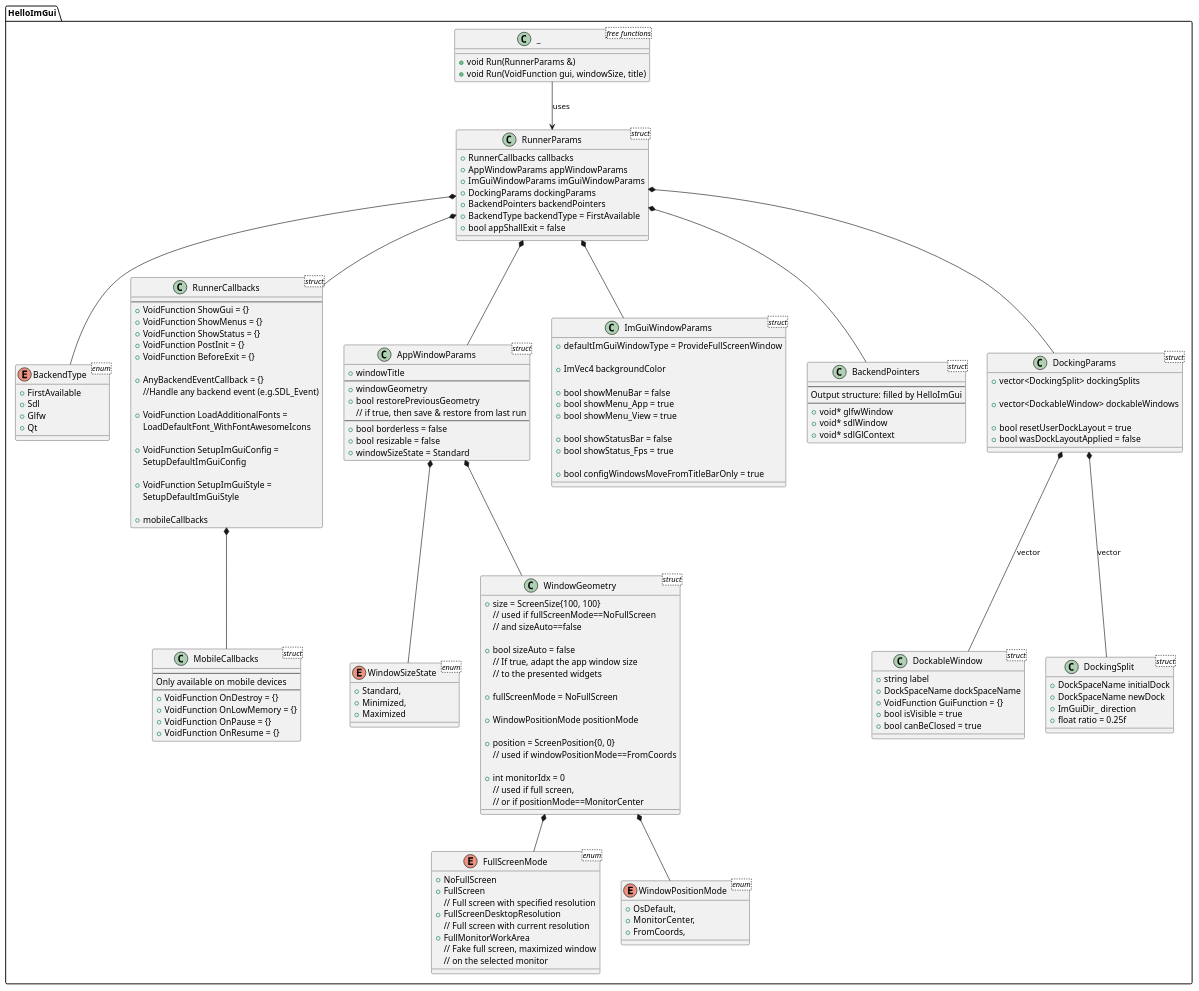
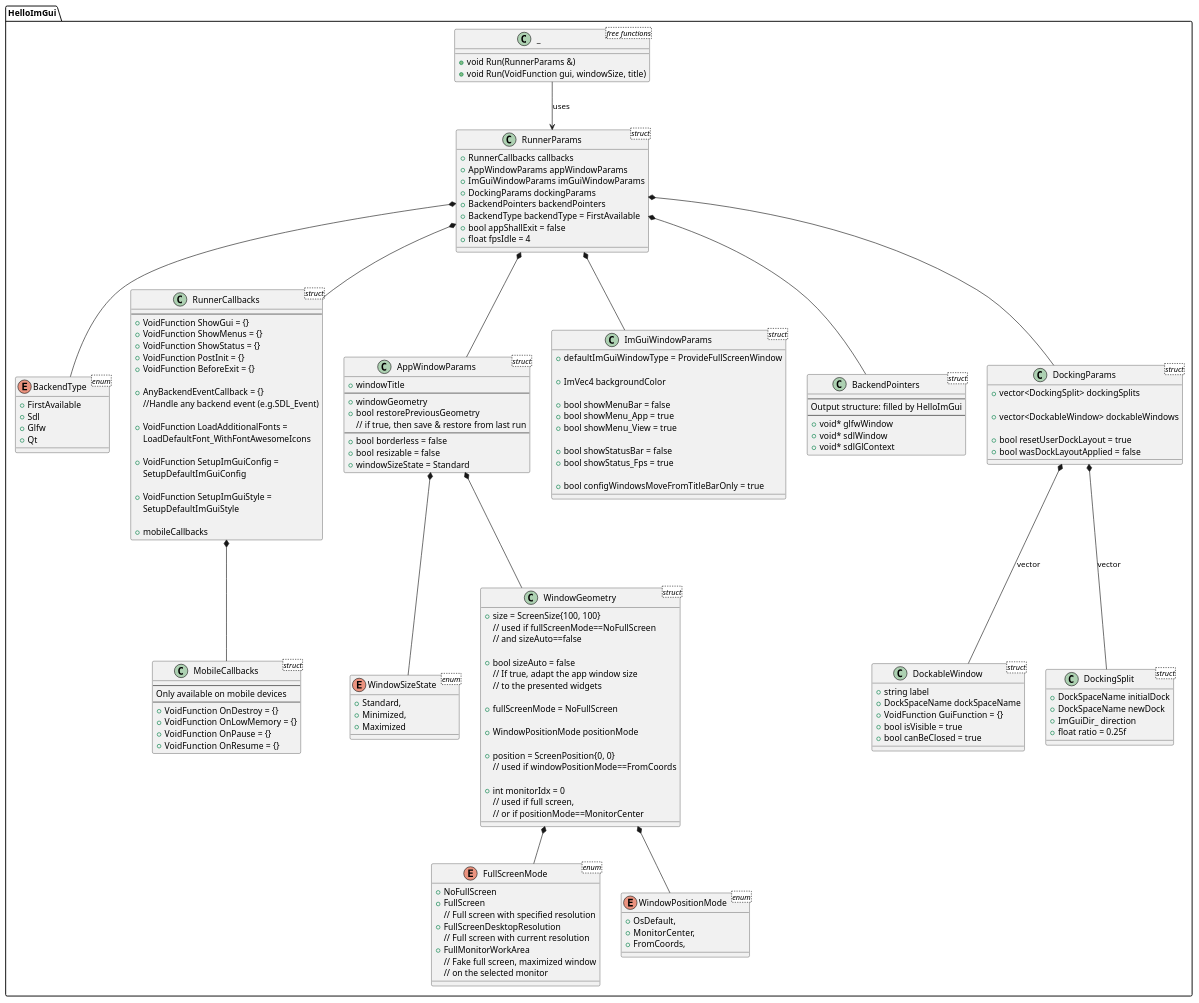
Before and after one commit to pthom/hello_imgui: the diagram in src/hello_imgui/doc_src/hello_imgui_diagram.puml, drawn with PlantUML. The commit also changed 12 other files, not shown here.

Commit message:
Add RunnerParams.fpsIdle: PowerSave option

```diff
--- a/src/hello_imgui/doc_src/hello_imgui_diagram.puml
+++ b/src/hello_imgui/doc_src/hello_imgui_diagram.puml
@@ -1,189 +1,190 @@
 @startuml
 namespace HelloImGui {
 
 class _ <free functions> {
     + void Run(RunnerParams &)
     + void Run(VoidFunction gui, windowSize, title)
 }
 
 _ --> RunnerParams: uses
 
 enum BackendType <enum>{
     + FirstAvailable
     + Sdl
     + Glfw
     + Qt
 }
 
 class RunnerParams <struct> {
     + RunnerCallbacks callbacks
     + AppWindowParams appWindowParams
     + ImGuiWindowParams imGuiWindowParams
     + DockingParams dockingParams
     + BackendPointers backendPointers
     + BackendType backendType = FirstAvailable
     + bool appShallExit = false
+    + float fpsIdle = 4
 }
 
 class RunnerCallbacks <struct> {
     ---
     + VoidFunction ShowGui = {}
     + VoidFunction ShowMenus = {}
     + VoidFunction ShowStatus = {}
     + VoidFunction PostInit = {}
     + VoidFunction BeforeExit = {}
 
     + AnyBackendEventCallback = {}
     //Handle any backend event (e.g.SDL_Event)
 
     + VoidFunction LoadAdditionalFonts =
        LoadDefaultFont_WithFontAwesomeIcons
 
     + VoidFunction SetupImGuiConfig =
       SetupDefaultImGuiConfig
 
     + VoidFunction SetupImGuiStyle =
       SetupDefaultImGuiStyle
 
     + mobileCallbacks
 }
 
 class MobileCallbacks <struct>{
     ---
     Only available on mobile devices
     ---
     + VoidFunction OnDestroy = {}
     + VoidFunction OnLowMemory = {}
     + VoidFunction OnPause = {}
     + VoidFunction OnResume = {}
 }
 RunnerCallbacks *-- MobileCallbacks
 
 enum FullScreenMode <enum>{
     + NoFullScreen
     + FullScreen
     // Full screen with specified resolution
     + FullScreenDesktopResolution
     // Full screen with current resolution
     + FullMonitorWorkArea
     // Fake full screen, maximized window
     // on the selected monitor
 }
 
 enum WindowSizeState <enum>{
     + Standard,
     + Minimized,
     + Maximized
 }
 
 
 
 enum WindowPositionMode <enum>{
     + OsDefault,
     + MonitorCenter,
     + FromCoords,
 }
 
 
 
 class WindowGeometry <struct>{
     + size = ScreenSize{100, 100}
     // used if fullScreenMode==NoFullScreen
     // and sizeAuto==false
 
     + bool sizeAuto = false
     // If true, adapt the app window size
     // to the presented widgets
 
     + fullScreenMode = NoFullScreen
 
     + WindowPositionMode positionMode
 
     + position = ScreenPosition{0, 0}
     // used if windowPositionMode==FromCoords
 
     + int monitorIdx = 0
     // used if full screen,
     // or if positionMode==MonitorCenter
 }
 
 WindowGeometry *-- FullScreenMode
 WindowGeometry *-- WindowPositionMode
 
 
 
 class AppWindowParams <struct>{
     + windowTitle
     ---
     + windowGeometry
     + bool restorePreviousGeometry
     // if true, then save & restore from last run
     ---
     + bool borderless = false
     + bool resizable = false
     + windowSizeState = Standard
 }
 
 AppWindowParams *-- WindowGeometry
 AppWindowParams *-- WindowSizeState
 
 
 class ImGuiWindowParams <struct> {
     + defaultImGuiWindowType = ProvideFullScreenWindow
 
     + ImVec4 backgroundColor
 
     + bool showMenuBar = false
     + bool showMenu_App = true
     + bool showMenu_View = true
 
     + bool showStatusBar = false
     + bool showStatus_Fps = true
 
     + bool configWindowsMoveFromTitleBarOnly = true
 }
 
 class BackendPointers <struct> {
   ---
   Output structure: filled by HelloImGui
   ---
   + void* glfwWindow
   + void* sdlWindow
   + void* sdlGlContext
 }
 
 class DockingParams <struct> {
     + vector<DockingSplit> dockingSplits
 
     + vector<DockableWindow> dockableWindows
 
     + bool resetUserDockLayout = true
     + bool wasDockLayoutApplied = false
 }
 
 class DockableWindow <struct> {
     + string label
     + DockSpaceName dockSpaceName
     + VoidFunction GuiFunction = {}
     + bool isVisible = true
     + bool canBeClosed = true
 }
 
 class DockingSplit <struct> {
     + DockSpaceName initialDock
     + DockSpaceName newDock
     + ImGuiDir_ direction
     + float ratio = 0.25f
 }
 
 RunnerParams *-- BackendType
 RunnerParams *-- RunnerCallbacks
 RunnerParams *-- AppWindowParams
 RunnerParams *-- ImGuiWindowParams
 RunnerParams *-- BackendPointers
 RunnerParams *-- DockingParams
 DockingParams *-- DockableWindow : vector
 DockingParams *-- DockingSplit : vector
 
 }
 @enduml
```
